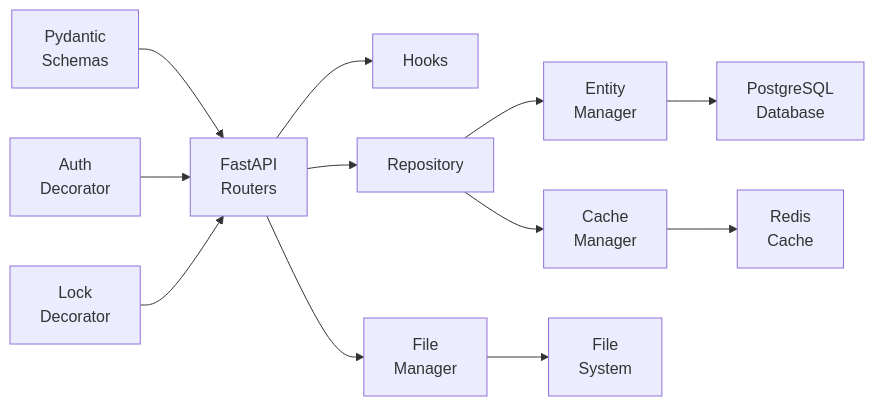
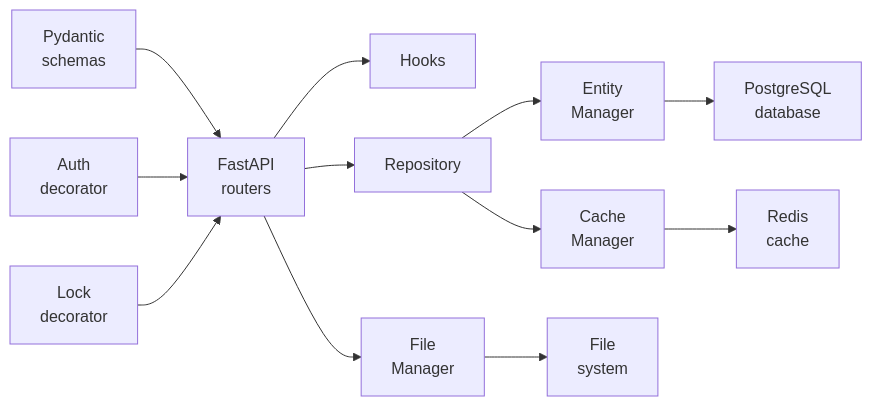
The first of 2 diagrams in README.md (artabramov/hidden), drawn with Mermaid before and after one commit. The commit also changed other lines of this file, not shown here.

````diff
--- a/README.md
+++ b/README.md
@@ -26,27 +26,26 @@
 ```mermaid
 graph LR
-    AUTH[Auth<br>Decorator]
-    LOCK[Lock<br>Decorator]
-    PYDANTIC[Pydantic<br>Schemas]
-    ROUTER[FastAPI<br>Routers]
+    AUTH[Auth<br>decorator]
+    LOCK[Lock<br>decorator]
+    PYDANTIC[Pydantic<br>schemas]
+    ROUTER[FastAPI<br>routers]
     HOOK[Hooks]
     REPOSITORY[Repository]
     EM[Entity<br>Manager]
     CM[Cache<br>Manager]
     FM[File<br>Manager]
-    POSTGRES[PostgreSQL<br>Database]
-    REDIS[Redis<br>Cache]
-    BINARY[File<br>System]
+    POSTGRES[PostgreSQL<br>database]
+    REDIS[Redis<br>cache]
+    BINARY[File<br>system]
     ROUTER --> REPOSITORY
     REPOSITORY --> EM
     REPOSITORY --> CM
     ROUTER --> FM
     FM --> BINARY
     EM --> POSTGRES
     CM --> REDIS
     PYDANTIC --> ROUTER
     AUTH --> ROUTER
     LOCK --> ROUTER
     ROUTER --> HOOK
-
 ```
````
